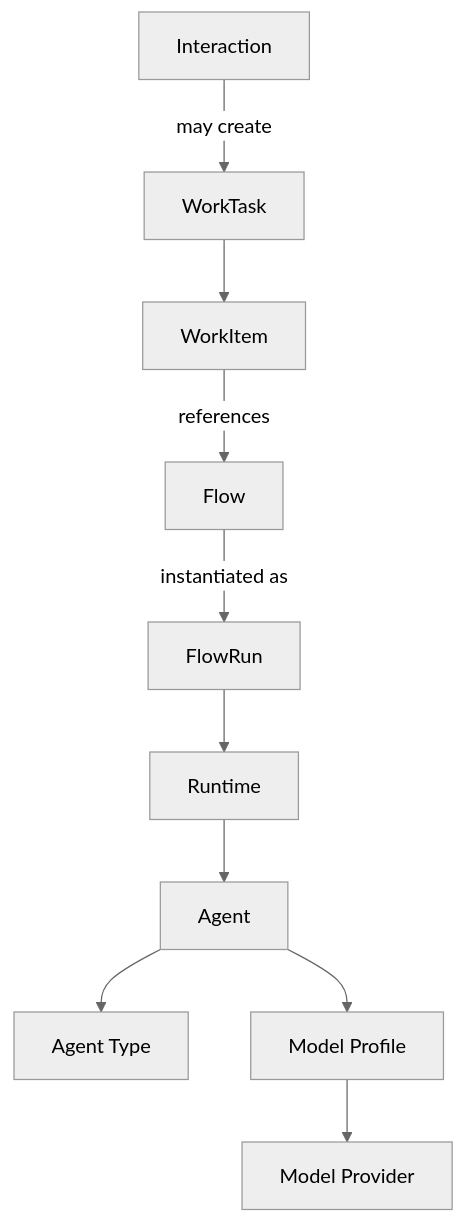
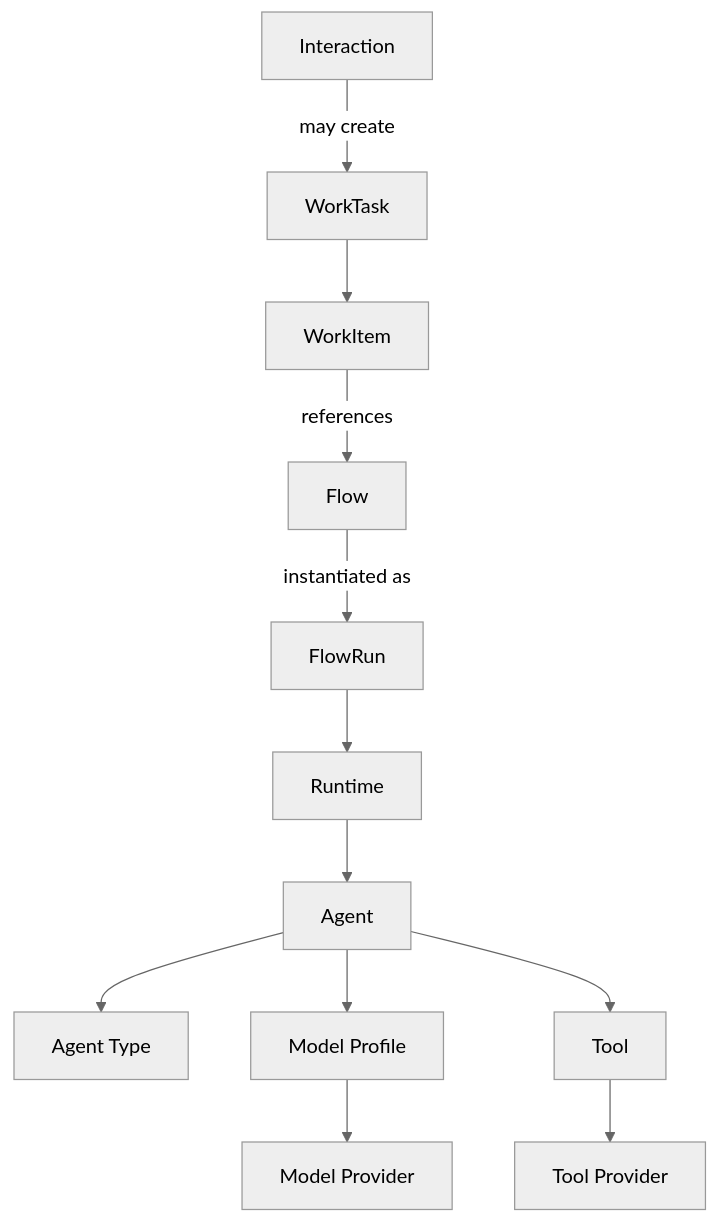
One commit to gbaudrit/agentstration changed the diagram in docs/concepts/overview.md. Above: the diagram before and after it, drawn with Mermaid (neutral theme). The commit also changed other lines of this file and 87 other files, not shown here.

````diff
--- a/docs/concepts/overview.md
+++ b/docs/concepts/overview.md
@@ -14,12 +15,14 @@
 ```mermaid
 flowchart TD
     Interaction -->|may create| WorkTask
     WorkTask --> WorkItem
     WorkItem -->|references| Flow
     Flow -->|instantiated as| FlowRun
     FlowRun --> Runtime
     Runtime --> Agent
     Agent --> AgentType[Agent Type]
     Agent --> ModelProfile[Model Profile]
+    Agent --> Tool
+    Tool --> ToolProvider[Tool Provider]
     ModelProfile --> ModelProvider[Model Provider]
 ```
````
